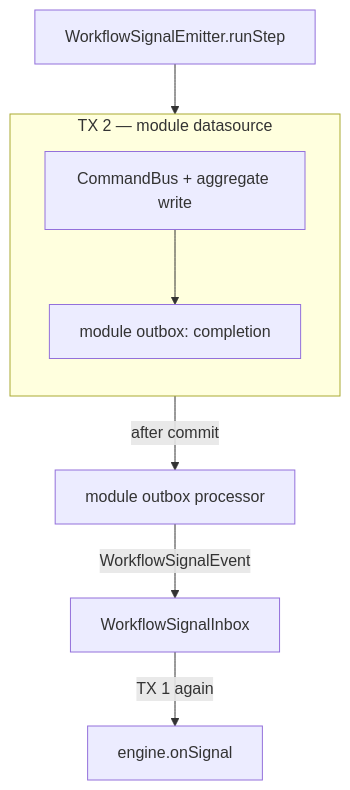
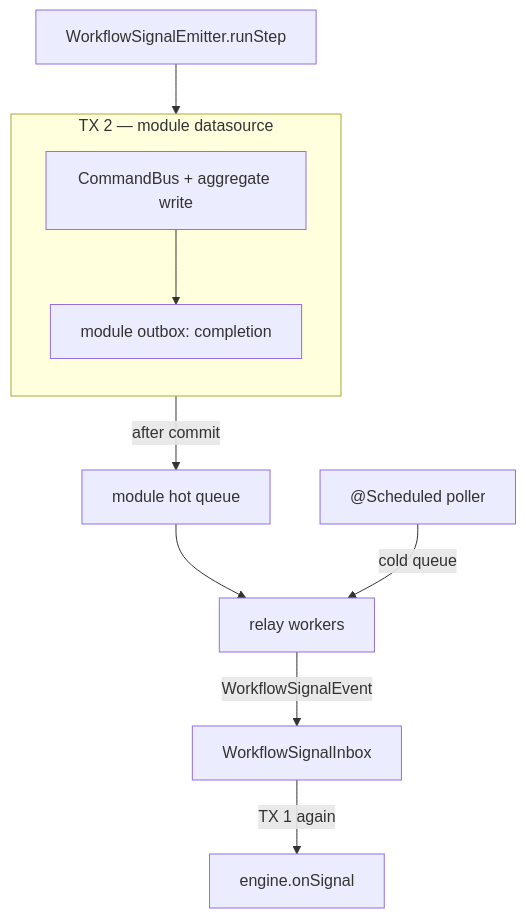
The seventh of 9 diagrams in docs/system/ADR_007-Workflow_framework_internal_design.md (khinemyaezin/grab), drawn with Mermaid before and after one commit. The commit also changed other lines of this file and 41 other files, not shown here.

Commit message:
feat: implement outbox hot queue with relay support for improved event processing

````diff
--- a/docs/system/ADR_007-Workflow_framework_internal_design.md
+++ b/docs/system/ADR_007-Workflow_framework_internal_design.md
@@ -404,13 +406,15 @@
 ```mermaid
 flowchart TB
     subgraph Tx2["TX 2 — module datasource"]
         direction TB
         Work["CommandBus + aggregate write"]
         MOut["module outbox: completion"]
         Work --> MOut
     end
     Emitter["WorkflowSignalEmitter.runStep"] --> Tx2
-    Tx2 -->|"after commit"| ModProc["module outbox processor"]
-    ModProc -->|"WorkflowSignalEvent"| Inbox["WorkflowSignalInbox"]
+    Tx2 -->|"after commit"| Hot["module hot queue"]
+    Hot --> Workers["relay workers"]
+    Workers -->|"WorkflowSignalEvent"| Inbox["WorkflowSignalInbox"]
+    Poller["@Scheduled poller"] -->|"cold queue"| Workers
     Inbox -->|"TX 1 again"| Engine["engine.onSignal"]
 ```
````
